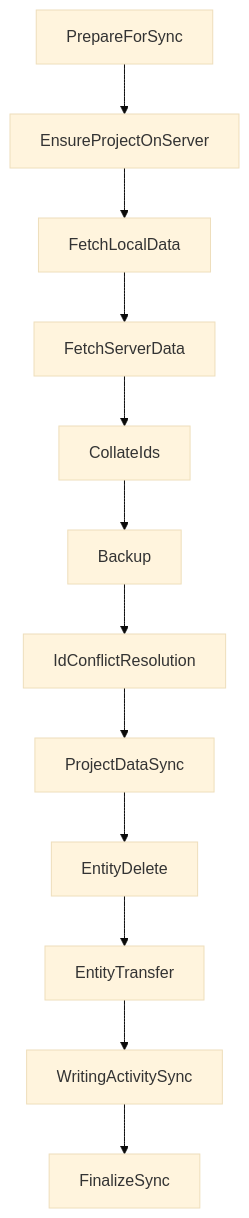
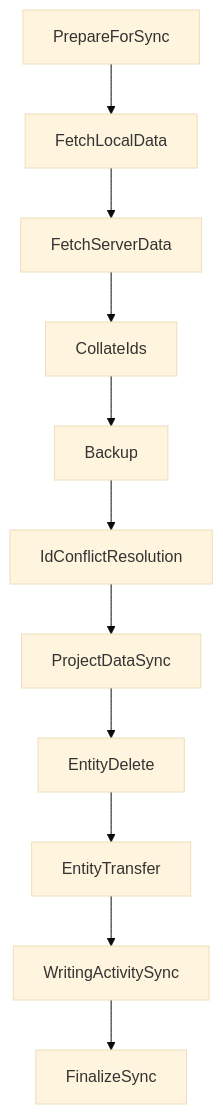
Before and after one commit to Darkrock-Studios/hammer-editor: the tenth of 10 diagrams in docs/SYNCING-PROTOCOL.md, drawn with Mermaid (base theme). The commit also changed other lines of this file and 28 other files, not shown here.

````diff
--- a/docs/SYNCING-PROTOCOL.md
+++ b/docs/SYNCING-PROTOCOL.md
@@ -746,14 +749,13 @@
 ```mermaid
 flowchart TD
-    A[PrepareForSync] --> EP[EnsureProjectOnServer]
-    EP --> B[FetchLocalData]
+    A[PrepareForSync] --> B[FetchLocalData]
     B --> C[FetchServerData]
     C --> D[CollateIds]
     D --> E[Backup]
     E --> F[IdConflictResolution]
     F --> P[ProjectDataSync]
     P --> G[EntityDelete]
     G --> H[EntityTransfer]
     H --> W[WritingActivitySync]
     W --> I[FinalizeSync]
 ```
````
